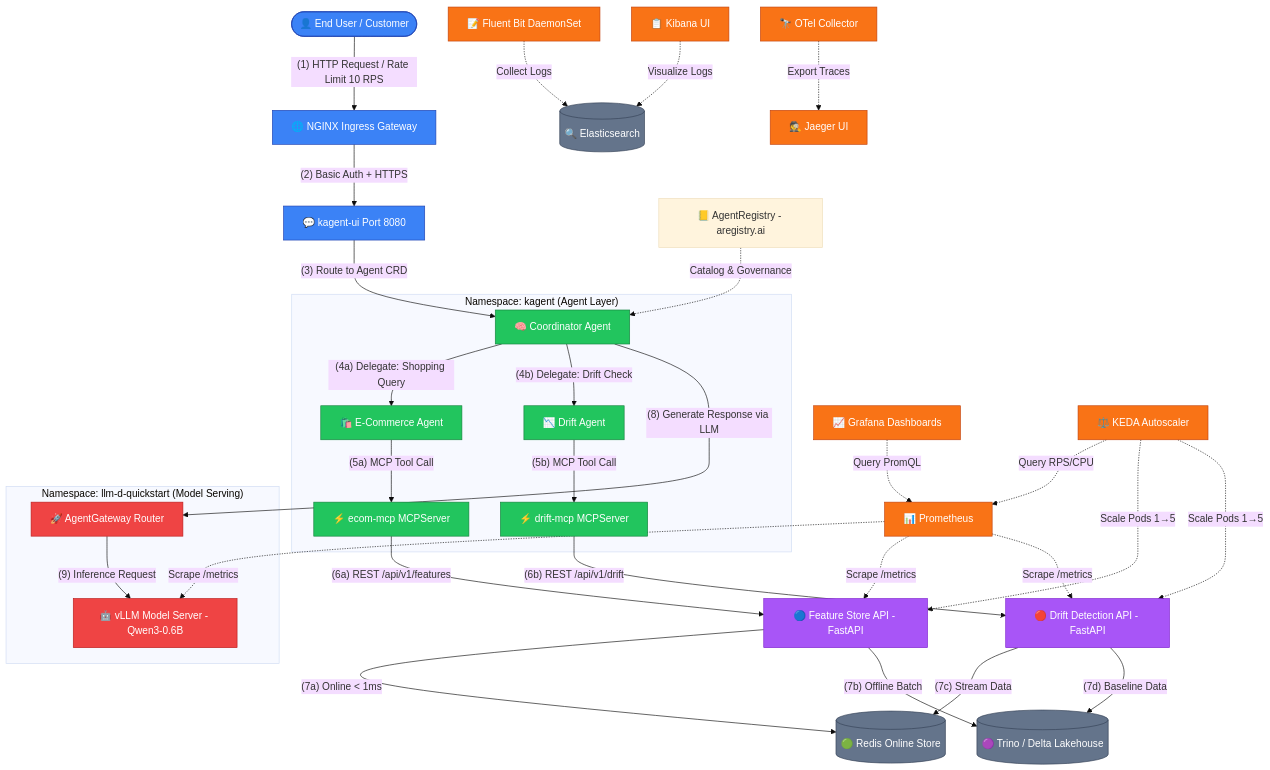
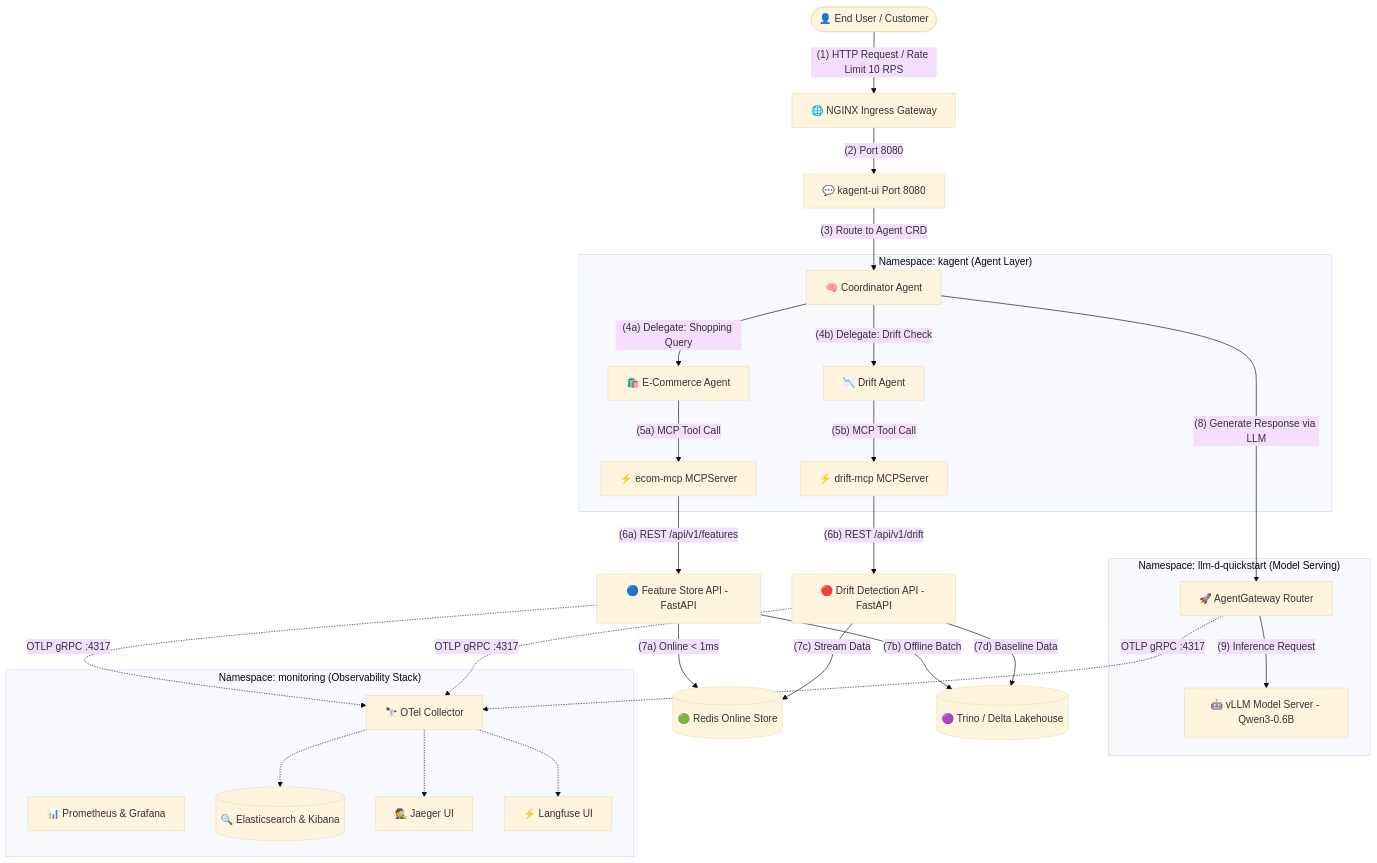
The diagram in final_llm_agent/README.md (nhannhan2201/final_coursework), drawn with Mermaid (base theme) before and after one commit. The commit also changed other lines of this file and 120 other files, not shown here.

````diff
--- a/final_llm_agent/README.md
+++ b/final_llm_agent/README.md
@@ -54,70 +45,54 @@
 ```mermaid
 graph TD
-    %% ===== FLOW 1: User Request Flow (NÉT LIỀN XANH DƯƠNG) =====
+    %% ===== FLOW 1: User Request Flow =====
     User([👤 End User / Customer]) -->|"(1) HTTP Request / Rate Limit 10 RPS"| Ingress[🌐 NGINX Ingress Gateway]
-    Ingress -->|"(2) Basic Auth + HTTPS"| KagentUI[💬 kagent-ui Port 8080]
+    Ingress -->|"(2) Port 8080"| KagentUI[💬 kagent-ui Port 8080]
     KagentUI -->|"(3) Route to Agent CRD"| Coordinator
 
-    %% ===== FLOW 2: Agent Orchestration Flow (NÉT LIỀN XANH LÁ) =====
+    %% ===== FLOW 2: Agent Orchestration Flow =====
     subgraph "Namespace: kagent (Agent Layer)"
         Coordinator[🧠 Coordinator Agent]
         EcomAgent[🛍️ E-Commerce Agent]
         DriftAgent[📉 Drift Agent]
         EcomMCP[⚡ ecom-mcp MCPServer]
         DriftMCP[⚡ drift-mcp MCPServer]
 
         Coordinator -->|"(4a) Delegate: Shopping Query"| EcomAgent
         Coordinator -->|"(4b) Delegate: Drift Check"| DriftAgent
         EcomAgent -->|"(5a) MCP Tool Call"| EcomMCP
         DriftAgent -->|"(5b) MCP Tool Call"| DriftMCP
     end
 
-    %% ===== FLOW 3: Data Flow (NÉT LIỀN TÍM) =====
+    %% ===== FLOW 3: Data Flow =====
     EcomMCP -->|"(6a) REST /api/v1/features"| FeatAPI[🔵 Feature Store API - FastAPI]
     DriftMCP -->|"(6b) REST /api/v1/drift"| DriftAPI[🔴 Drift Detection API - FastAPI]
 
     FeatAPI -->|"(7a) Online < 1ms"| Redis[(🟢 Redis Online Store)]
     FeatAPI -->|"(7b) Offline Batch"| Trino[(🟣 Trino / Delta Lakehouse)]
     DriftAPI -->|"(7c) Stream Data"| Redis
     DriftAPI -->|"(7d) Baseline Data"| Trino
 
-    %% ===== FLOW 4: LLM Inference Flow (NÉT LIỀN ĐỎ) =====
+    %% ===== FLOW 4: LLM Inference Flow =====
     subgraph "Namespace: llm-d-quickstart (Model Serving)"
         AgentGW[🚀 AgentGateway Router]
         ModelServer[🤖 vLLM Model Server - Qwen3-0.6B]
         AgentGW -->|"(9) Inference Request"| ModelServer
     end
     Coordinator -->|"(8) Generate Response via LLM"| AgentGW
 
-    %% ===== FLOW 5: Monitoring & Observability (NÉT ĐỨT CAM) =====
-    Prometheus[📊 Prometheus] -.->|"Scrape /metrics"| FeatAPI
-    Prometheus -.->|"Scrape /metrics"| DriftAPI
-    Prometheus -.->|"Scrape /metrics"| ModelServer
-    Grafana[📈 Grafana Dashboards] -.->|"Query PromQL"| Prometheus
-    KEDA[⚖️ KEDA Autoscaler] -.->|"Query RPS/CPU"| Prometheus
-    KEDA -.->|"Scale Pods 1→5"| FeatAPI
-    KEDA -.->|"Scale Pods 1→5"| DriftAPI
+    %% ===== FLOW 5: Monitoring & Observability =====
+    subgraph "Namespace: monitoring (Observability Stack)"
+        OTelCol[🔭 OTel Collector]
+        Prometheus[📊 Prometheus & Grafana]
+        ES[(🔍 Elasticsearch & Kibana)]
+        Jaeger[🕵️ Jaeger UI]
+        Langfuse[⚡ Langfuse UI]
+    end
 
-    %% ===== FLOW 6: Logging & Tracing (NÉT ĐỨT XÁM) =====
-    FluentBit[📝 Fluent Bit DaemonSet] -.->|"Collect Logs"| ES[(🔍 Elasticsearch)]
-    Kibana[📋 Kibana UI] -.->|"Visualize Logs"| ES
-    OTelCol[🔭 OTel Collector] -.->|"Export Traces"| Jaeger[🕵️ Jaeger UI]
-
-    %% ===== Governance =====
-    AgentReg[📒 AgentRegistry - aregistry.ai] -.->|"Catalog & Governance"| Coordinator
-
-    %% ===== Styles =====
-    classDef userFlow fill:#3b82f6,stroke:#1e40af,color:#fff
-    classDef agentFlow fill:#22c55e,stroke:#15803d,color:#fff
-    classDef dataFlow fill:#a855f7,stroke:#7e22ce,color:#fff
-    classDef llmFlow fill:#ef4444,stroke:#b91c1c,color:#fff
-    classDef monitorFlow fill:#f97316,stroke:#c2410c,color:#fff
-    classDef storageFlow fill:#64748b,stroke:#334155,color:#fff
-
-    class User,Ingress,KagentUI userFlow
-    class Coordinator,EcomAgent,DriftAgent,EcomMCP,DriftMCP agentFlow
-    class FeatAPI,DriftAPI dataFlow
-    class AgentGW,ModelServer llmFlow
-    class Prometheus,Grafana,KEDA,FluentBit,Kibana,OTelCol,Jaeger monitorFlow
-    class Redis,Trino,ES storageFlow
+    FeatAPI -.->|"OTLP gRPC :4317"| OTelCol
+    DriftAPI -.->|"OTLP gRPC :4317"| OTelCol
+    AgentGW -.->|"OTLP gRPC :4317"| OTelCol
+    OTelCol -.-> Jaeger
+    OTelCol -.-> ES
+    OTelCol -.-> Langfuse
 ```
````
